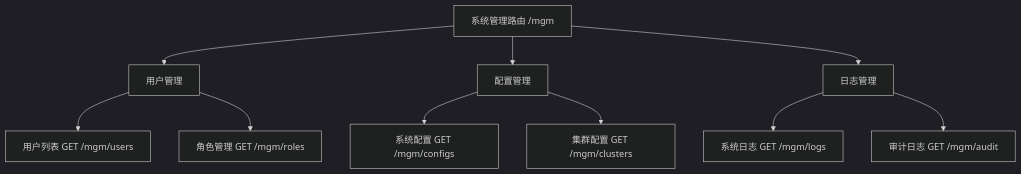
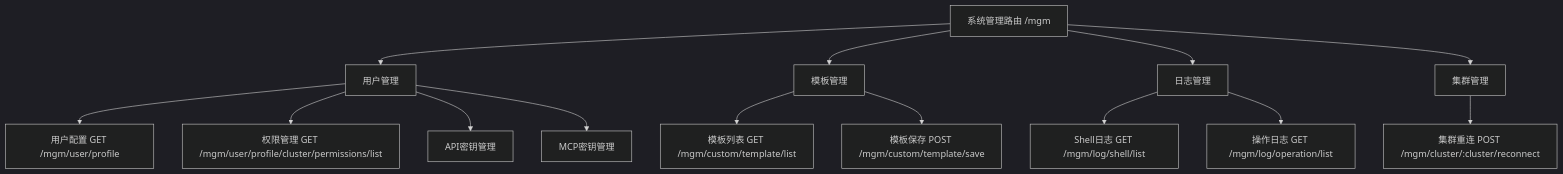
Before and after one commit to weibaohui/k8m: the sixth of 7 diagrams in docs/route_structure.md, drawn with Mermaid (dark theme). The commit also changed other lines of this file, not shown here.

````diff
--- a/docs/route_structure.md
+++ b/docs/route_structure.md
@@ -62,20 +94,24 @@
 ```mermaid
 graph TD
     E[系统管理路由 /mgm] --> E1[用户管理]
-    E --> E2[配置管理]
+    E --> E2[模板管理]
     E --> E3[日志管理]
+    E --> E4[集群管理]
 
     %% 用户管理子节点
-    E1 --> E1_1[用户列表 GET /mgm/users]
-    E1 --> E1_2[角色管理 GET /mgm/roles]
+    E1 --> E1_1[用户配置 GET /mgm/user/profile]
+    E1 --> E1_2[权限管理 GET /mgm/user/profile/cluster/permissions/list]
+    E1 --> E1_3[API密钥管理]
+    E1 --> E1_4[MCP密钥管理]
 
-    %% 配置管理子节点
-    E2 --> E2_1[系统配置 GET /mgm/configs]
-    E2 --> E2_2[集群配置 GET /mgm/clusters]
+    %% 模板管理子节点
+    E2 --> E2_1[模板列表 GET /mgm/custom/template/list]
+    E2 --> E2_2[模板保存 POST /mgm/custom/template/save]
 
     %% 日志管理子节点
-    E3 --> E3_1[系统日志 GET /mgm/logs]
-    E3 --> E3_2[审计日志 GET /mgm/audit]
+    E3 --> E3_1[Shell日志 GET /mgm/log/shell/list]
+    E3 --> E3_2[操作日志 GET /mgm/log/operation/list]
 
-    
+    %% 集群管理子节点
+    E4 --> E4_1[集群重连 POST /mgm/cluster/:cluster/reconnect]
 ```
````
